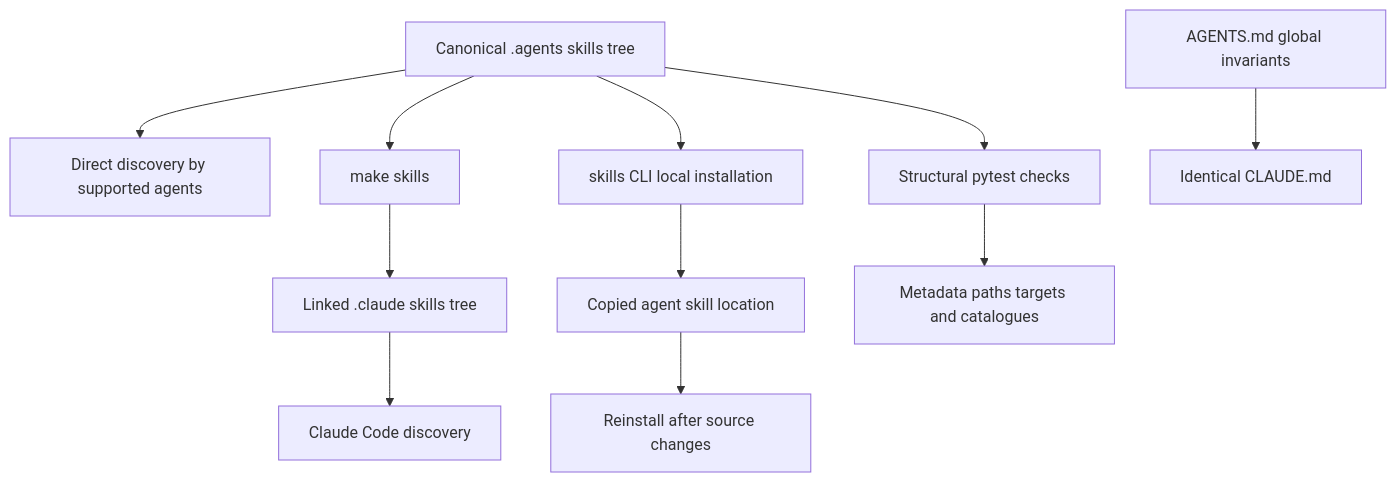
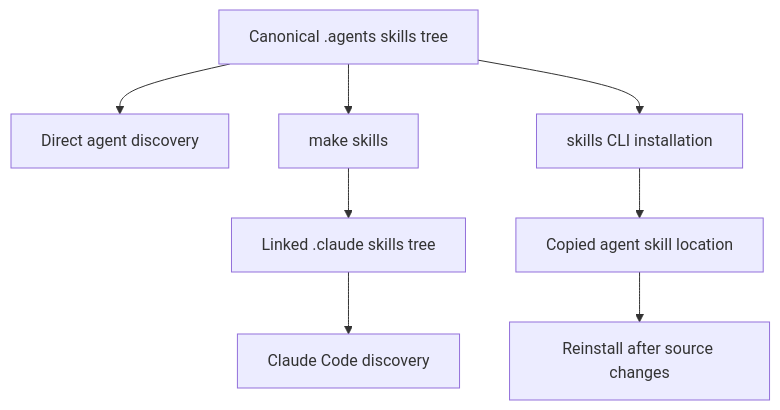
The diagram in openwiki/operations/agent-skills.md (langchain-ai/docs), drawn with Mermaid before and after one commit. The commit also changed other lines of this file and 28 other files, not shown here.

````diff
--- a/openwiki/operations/agent-skills.md
+++ b/openwiki/operations/agent-skills.md
@@ -61,13 +69,10 @@
 ```mermaid
 flowchart TD
-  Canonical["Canonical .agents skills tree"] --> Direct["Direct discovery by supported agents"]
-  Canonical --> ClaudeCommand["make skills"]
-  ClaudeCommand --> ClaudeTree["Linked .claude skills tree"]
-  ClaudeTree --> Claude["Claude Code discovery"]
-  Canonical --> Install["skills CLI local installation"]
-  Install --> Copy["Copied agent skill location"]
-  Copy --> Refresh["Reinstall after source changes"]
-  Canonical --> Checks["Structural pytest checks"]
-  Rules["AGENTS.md global invariants"] --> ClaudeRules["Identical CLAUDE.md"]
-  Checks --> Contract["Metadata paths targets and catalogues"]
+  Canonical["Canonical .agents skills tree"] --> Direct["Direct agent discovery"]
+  Canonical --> MakeSkills["make skills"]
+  MakeSkills --> ClaudeTree["Linked .claude skills tree"]
+  ClaudeTree --> ClaudeCode["Claude Code discovery"]
+  Canonical --> SkillsCLI["skills CLI installation"]
+  SkillsCLI --> Copy["Copied agent skill location"]
+  Copy --> Reinstall["Reinstall after source changes"]
 ```
````
